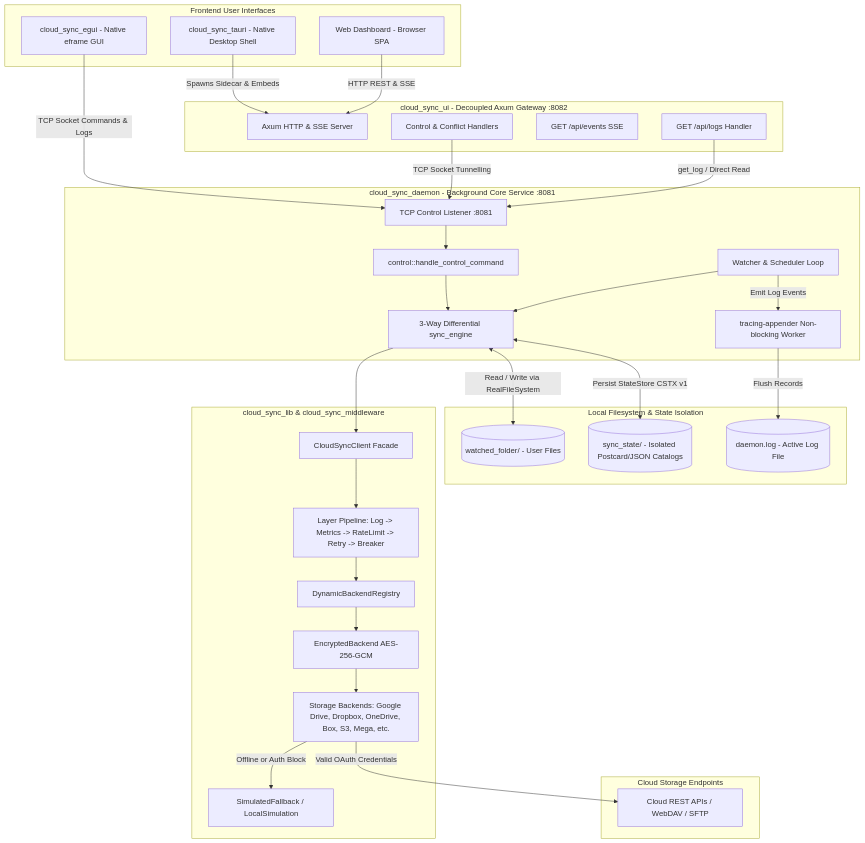
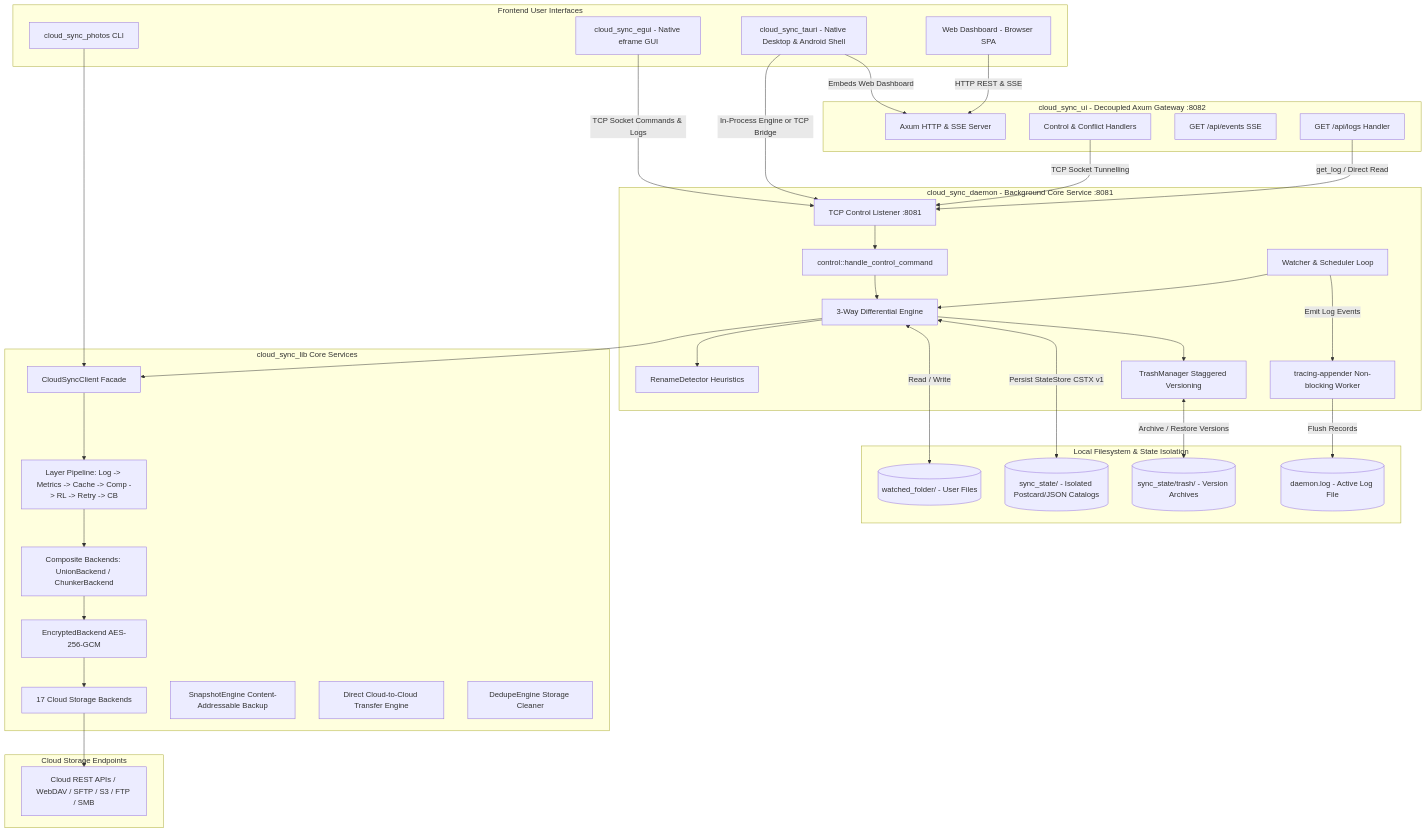
Before and after one commit to clockworkengineer/cloud_sync_lib: the third of 3 diagrams in docs/ARCHITECTURE.md, drawn with Mermaid. The commit also changed other lines of this file and 15 other files, not shown here.

````diff
--- a/docs/ARCHITECTURE.md
+++ b/docs/ARCHITECTURE.md
@@ -133,67 +141,77 @@
 ```mermaid
 graph TD
     subgraph UI_Clients [Frontend User Interfaces]
         egui_app[cloud_sync_egui - Native eframe GUI]
-        tauri_app[cloud_sync_tauri - Native Desktop Shell]
+        tauri_app[cloud_sync_tauri - Native Desktop & Android Shell]
         web_dashboard[Web Dashboard - Browser SPA]
+        photos_cli[cloud_sync_photos CLI]
     end
 
     subgraph cloud_sync_ui [cloud_sync_ui - Decoupled Axum Gateway :8082]
         ui_server[Axum HTTP & SSE Server]
         ui_logs[GET /api/logs Handler]
         ui_events[GET /api/events SSE]
         ui_handlers[Control & Conflict Handlers]
     end
 
     subgraph cloud_sync_daemon [cloud_sync_daemon - Background Core Service :8081]
         daemon_socket[TCP Control Listener :8081]
         control_loop[control::handle_control_command]
         main_loop[Watcher & Scheduler Loop]
-        sync_engine[3-Way Differential sync_engine]
+        sync_engine[3-Way Differential Engine]
+        rename_det[RenameDetector Heuristics]
+        trash_mgr[TrashManager Staggered Versioning]
         tracing_appender[tracing-appender Non-blocking Worker]
     end
 
     subgraph File_System [Local Filesystem & State Isolation]
         watched_dir[(watched_folder/ - User Files)]
         state_dir[(sync_state/ - Isolated Postcard/JSON Catalogs)]
+        trash_dir[(sync_state/trash/ - Version Archives)]
         log_sink[(daemon.log - Active Log File)]
     end
 
-    subgraph cloud_sync_lib [cloud_sync_lib & cloud_sync_middleware]
+    subgraph cloud_sync_lib [cloud_sync_lib Core Services]
         client_facade[CloudSyncClient Facade]
-        layer_pipeline[Layer Pipeline: Log -> Metrics -> RateLimit -> Retry -> Breaker]
-        registry[DynamicBackendRegistry]
+        layer_pipeline[Layer Pipeline: Log -> Metrics -> Cache -> Comp -> RL -> Retry -> CB]
+        composite_backends[Composite Backends: UnionBackend / ChunkerBackend]
         enc_wrapper[EncryptedBackend AES-256-GCM]
-        providers[Storage Backends: Google Drive, Dropbox, OneDrive, Box, S3, Mega, etc.]
-        fallback[SimulatedFallback / LocalSimulation]
+        providers[17 Cloud Storage Backends]
+        snapshot_engine[SnapshotEngine Content-Addressable Backup]
+        cloud_transfer[Direct Cloud-to-Cloud Transfer Engine]
+        dedupe_engine[DedupeEngine Storage Cleaner]
     end
 
     subgraph Remote_Cloud [Cloud Storage Endpoints]
-        cloud_apis[Cloud REST APIs / WebDAV / SFTP]
+        cloud_apis[Cloud REST APIs / WebDAV / SFTP / S3 / FTP / SMB]
     end
 
     %% UI Connections
     egui_app -->|TCP Socket Commands & Logs| daemon_socket
-    tauri_app -->|Spawns Sidecar & Embeds| ui_server
+    tauri_app -->|In-Process Engine or TCP Bridge| daemon_socket
+    tauri_app -->|Embeds Web Dashboard| ui_server
     web_dashboard -->|HTTP REST & SSE| ui_server
     ui_handlers -->|TCP Socket Tunnelling| daemon_socket
     ui_logs -->|get_log / Direct Read| daemon_socket
+    photos_cli --> client_facade
 
     %% Daemon Internals
     daemon_socket --> control_loop
     control_loop --> sync_engine
     main_loop --> sync_engine
-    sync_engine <-->|Read / Write via RealFileSystem| watched_dir
+    sync_engine --> rename_det
+    sync_engine --> trash_mgr
+    sync_engine <-->|Read / Write| watched_dir
     sync_engine <-->|Persist StateStore CSTX v1| state_dir
+    trash_mgr <-->|Archive / Restore Versions| trash_dir
     main_loop -->|Emit Log Events| tracing_appender
     tracing_appender -->|Flush Records| log_sink
 
     %% Sync Engine to Library
     sync_engine --> client_facade
     client_facade --> layer_pipeline
-    layer_pipeline --> registry
-    registry --> enc_wrapper
+    layer_pipeline --> composite_backends
+    composite_backends --> enc_wrapper
     enc_wrapper --> providers
-    providers -->|Valid OAuth Credentials| cloud_apis
-    providers -->|Offline or Auth Block| fallback
+    providers --> cloud_apis
 ```
````
